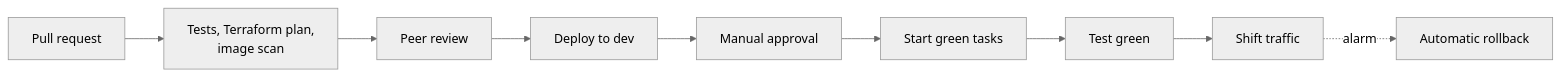
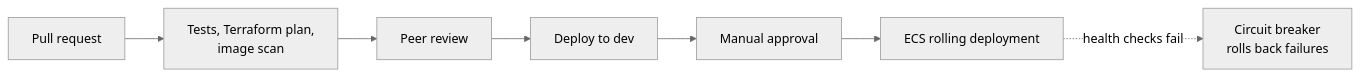
Before and after one commit to Zerubabel-J/tracehome-platform: the seventh of 9 diagrams in ARCHITECTURE.md, drawn with Mermaid (neutral theme). The commit also changed other lines of this file and 2 other files, not shown here.

````diff
--- a/ARCHITECTURE.md
+++ b/ARCHITECTURE.md
@@ -217,14 +326,12 @@
 ```mermaid
 flowchart LR
     pr["Pull request"]
     checks["Tests, Terraform plan,<br/>image scan"]
     review["Peer review"]
     dev["Deploy to dev"]
     approve["Manual approval"]
-    green["Start green tasks"]
-    verify["Test green"]
-    shift["Shift traffic"]
-    back["Automatic rollback"]
-    pr --> checks --> review --> dev --> approve --> green --> verify --> shift
-    shift -. "alarm" .-> back
+    roll["ECS rolling deployment"]
+    breaker["Circuit breaker<br/>rolls back failures"]
+    pr --> checks --> review --> dev --> approve --> roll
+    roll -. "health checks fail" .-> breaker
 ```
````
